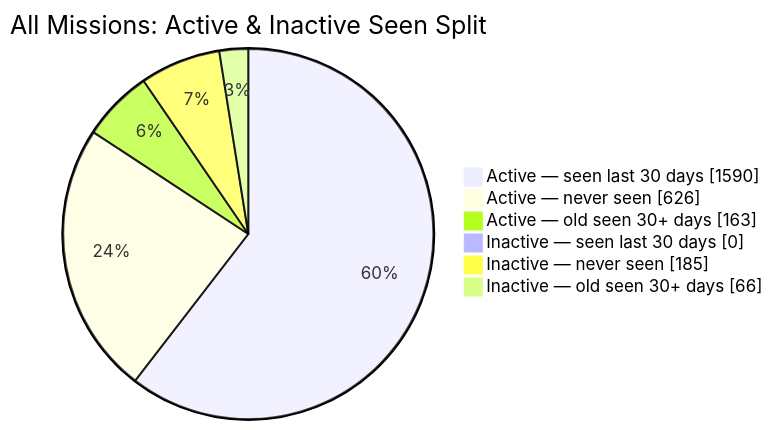
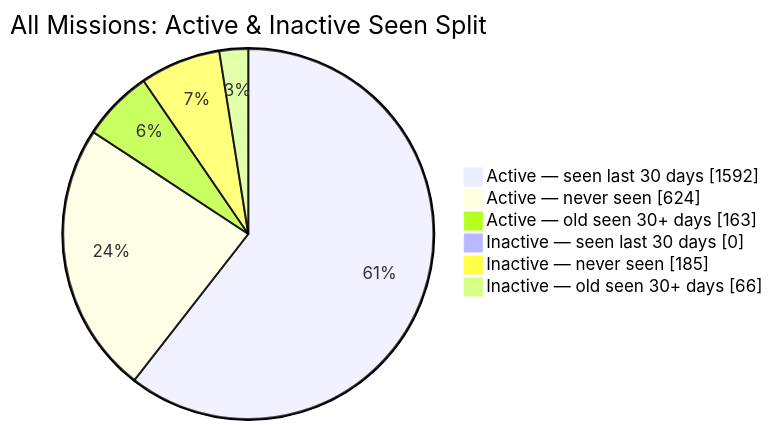
The second of 2 diagrams in README.md (MeldkamerspelGameTeam/active-missions), drawn with Mermaid before and after one commit. The commit also changed other lines of this file and 3 other files, not shown here.

````diff
--- a/README.md
+++ b/README.md
@@ -44,10 +44,10 @@
 ```mermaid
 pie showData
     title All Missions: Active & Inactive Seen Split
-    "Active — seen last 30 days" : 1590
-    "Active — never seen" : 626
+    "Active — seen last 30 days" : 1592
+    "Active — never seen" : 624
     "Active — old seen 30+ days" : 163
     "Inactive — seen last 30 days" : 0
     "Inactive — never seen" : 185
     "Inactive — old seen 30+ days" : 66
 ```
````
